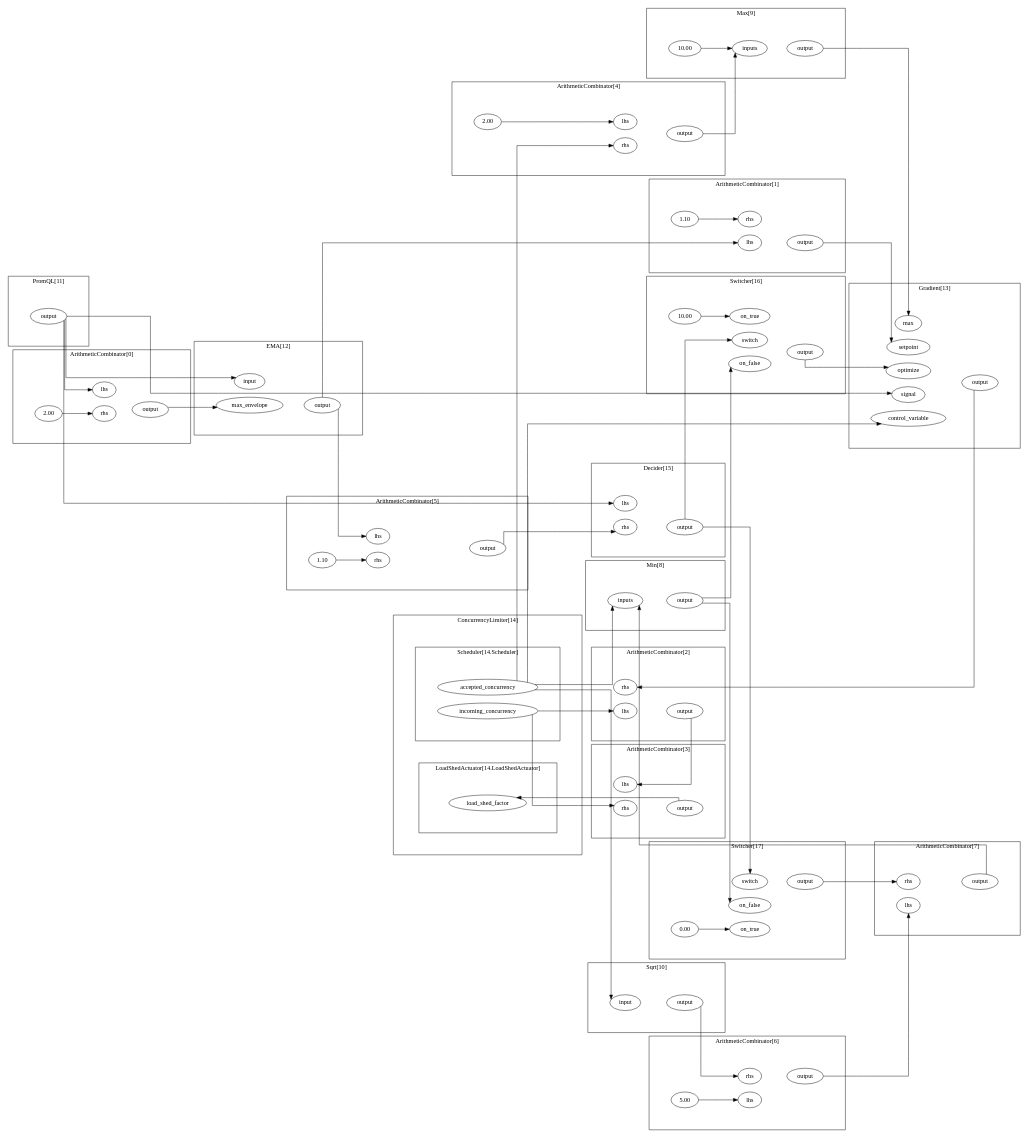
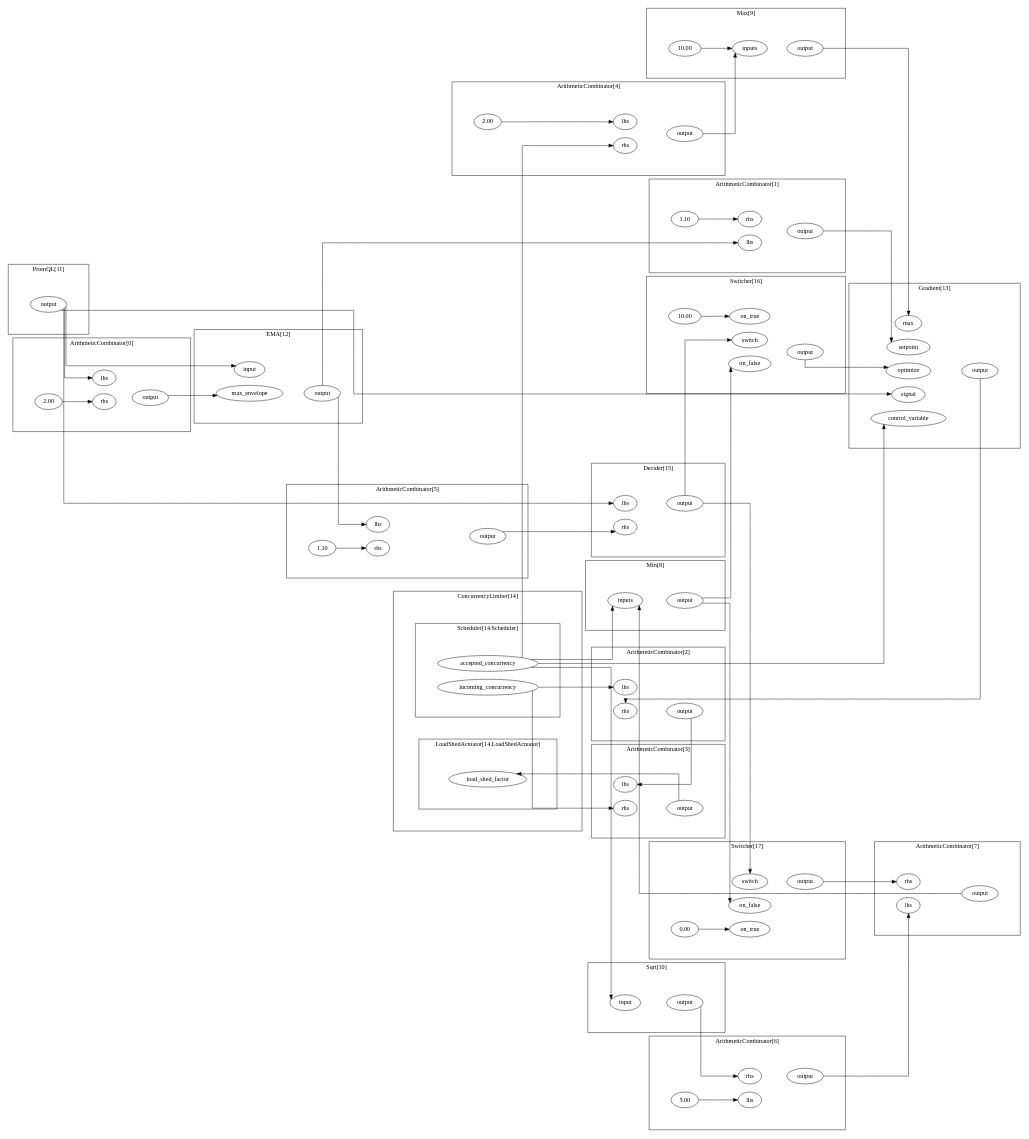
One commit to dataongunlaws/aperture changed the diagram in blueprints/blueprints/latency-gradient/example/gen/graph/graph.dot. Above: the diagram before and after it, drawn with Graphviz. The commit also changed 17 other files, not shown here.

```diff
--- a/blueprints/blueprints/latency-gradient/example/gen/graph/graph.dot
+++ b/blueprints/blueprints/latency-gradient/example/gen/graph/graph.dot
@@ -13,21 +13,21 @@
 	}
 	subgraph cluster_s6 {
 		label="ArithmeticCombinator[1]";margin="50.0";
-		n8[label="1.10"];
-		n9[label="lhs"];
+		n9[label="1.10"];
+		n7[label="lhs"];
 		n10[label="output"];
-		n7[label="rhs"];
-		n8->n7;
-		n9->n10[style="invis"];
-		{rank=same; n7;n9;};
+		n8[label="rhs"];
+		n9->n8;
+		n8->n10[style="invis"];
+		{rank=same; n7;n8;};
 		{rank=same; n10;};
 		
 	}
 	subgraph cluster_s11 {
 		label="ArithmeticCombinator[2]";margin="50.0";
-		n13[label="lhs"];
+		n12[label="lhs"];
 		n14[label="output"];
-		n12[label="rhs"];
+		n13[label="rhs"];
 		n13->n14[style="invis"];
 		{rank=same; n12;n13;};
 		{rank=same; n14;};
@@ -51,8 +51,8 @@
 		n22[label="rhs"];
 		n21->n20;
 		n22->n23[style="invis"];
+		{rank=same; n23;};
 		{rank=same; n20;n22;};
-		{rank=same; n23;};
 		
 	}
 	subgraph cluster_s24 {
@@ -81,9 +81,9 @@
 	}
 	subgraph cluster_s34 {
 		label="ArithmeticCombinator[7]";margin="50.0";
-		n35[label="lhs"];
+		n36[label="lhs"];
 		n37[label="output"];
-		n36[label="rhs"];
+		n35[label="rhs"];
 		n36->n37[style="invis"];
 		{rank=same; n35;n36;};
 		{rank=same; n37;};
@@ -108,9 +108,9 @@
 	}
 	subgraph cluster_s67 {
 		label="Decider[15]";margin="50.0";
-		n68[label="lhs"];
+		n69[label="lhs"];
 		n70[label="output"];
-		n69[label="rhs"];
+		n68[label="rhs"];
 		n69->n70[style="invis"];
 		{rank=same; n68;n69;};
 		{rank=same; n70;};
@@ -122,18 +122,18 @@
 		n52[label="max_envelope"];
 		n53[label="output"];
 		n52->n53[style="invis"];
+		{rank=same; n53;};
 		{rank=same; n51;n52;};
-		{rank=same; n53;};
 		
 	}
 	subgraph cluster_s54 {
 		label="Gradient[13]";margin="50.0";
-		n57[label="control_variable"];
-		n56[label="max"];
-		n55[label="optimize"];
+		n55[label="control_variable"];
+		n59[label="max"];
+		n58[label="optimize"];
 		n60[label="output"];
-		n59[label="setpoint"];
-		n58[label="signal"];
+		n57[label="setpoint"];
+		n56[label="signal"];
 		n59->n60[style="invis"];
 		{rank=same; n55;n56;n57;n58;n59;};
 		{rank=same; n60;};
@@ -204,31 +204,31 @@
 	n63->n22;
 	n63->n39;
 	n63->n46;
-	n63->n57;
-	n64->n13;
+	n63->n55;
+	n64->n12;
 	n64->n17;
-	n18->n66;
-	n53->n9;
-	n53->n25;
-	n76->n55;
-	n82->n36;
-	n10->n59;
-	n33->n35;
-	n49->n2;
-	n49->n51;
-	n49->n58;
-	n49->n68;
-	n14->n16;
 	n37->n39;
-	n47->n32;
-	n60->n12;
+	n40->n74;
+	n40->n80;
 	n70->n75;
 	n70->n81;
 	n5->n52;
-	n28->n69;
-	n40->n74;
-	n40->n80;
-	n44->n56;
 	n23->n42;
+	n47->n32;
+	n49->n2;
+	n49->n51;
+	n49->n56;
+	n49->n69;
+	n60->n13;
+	n76->n58;
+	n28->n68;
+	n44->n59;
+	n82->n35;
+	n14->n16;
+	n18->n66;
+	n53->n7;
+	n53->n25;
+	n10->n57;
+	n33->n36;
 	
 }
```
